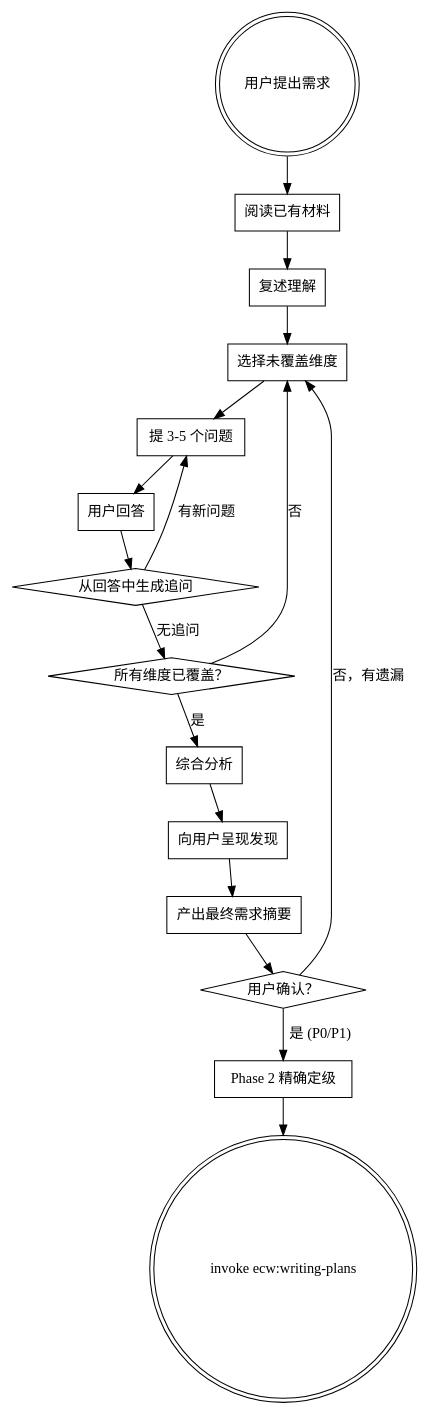
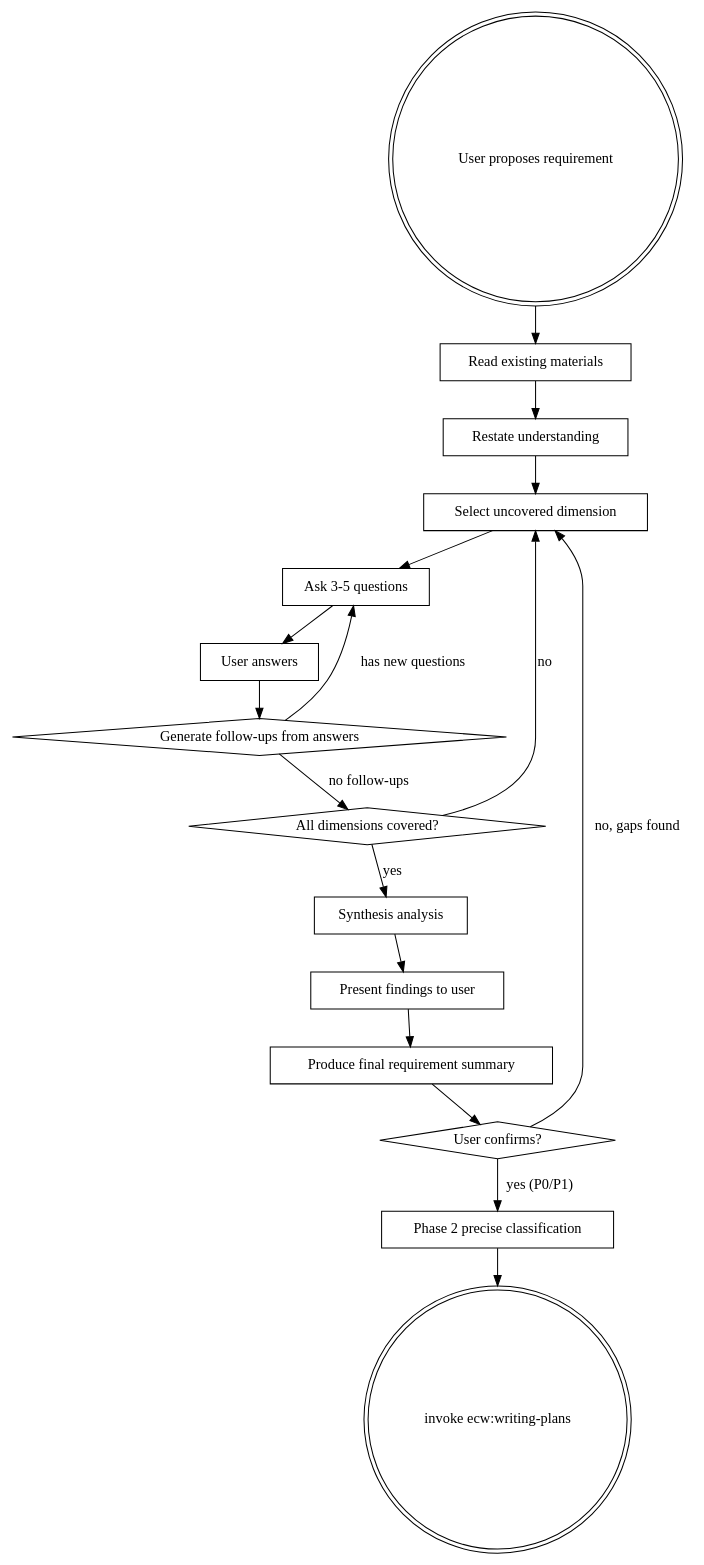
Before and after one commit to Aimeerrhythm/enterprise-change-workflow: the diagram in skills/requirements-elicitation/SKILL.md, drawn with Graphviz. The commit also changed other lines of this file and 18 other files, not shown here.

````diff
--- a/skills/requirements-elicitation/SKILL.md
+++ b/skills/requirements-elicitation/SKILL.md
@@ -46,37 +46,37 @@
 ```dot
 digraph requirements {
   rankdir=TB;
   
-  "用户提出需求" [shape=doublecircle];
-  "阅读已有材料" [shape=box];
-  "复述理解" [shape=box];
-  "选择未覆盖维度" [shape=box];
-  "提 3-5 个问题" [shape=box];
-  "用户回答" [shape=box];
-  "从回答中生成追问" [shape=diamond];
-  "所有维度已覆盖？" [shape=diamond];
-  "综合分析" [shape=box];
-  "向用户呈现发现" [shape=box];
-  "产出最终需求摘要" [shape=box];
-  "用户确认？" [shape=diamond];
-  "Phase 2 精确定级" [shape=box];
+  "User proposes requirement" [shape=doublecircle];
+  "Read existing materials" [shape=box];
+  "Restate understanding" [shape=box];
+  "Select uncovered dimension" [shape=box];
+  "Ask 3-5 questions" [shape=box];
+  "User answers" [shape=box];
+  "Generate follow-ups from answers" [shape=diamond];
+  "All dimensions covered?" [shape=diamond];
+  "Synthesis analysis" [shape=box];
+  "Present findings to user" [shape=box];
+  "Produce final requirement summary" [shape=box];
+  "User confirms?" [shape=diamond];
+  "Phase 2 precise classification" [shape=box];
   "invoke ecw:writing-plans" [shape=doublecircle];
 
-  "用户提出需求" -> "阅读已有材料";
-  "阅读已有材料" -> "复述理解";
-  "复述理解" -> "选择未覆盖维度";
-  "选择未覆盖维度" -> "提 3-5 个问题";
-  "提 3-5 个问题" -> "用户回答";
-  "用户回答" -> "从回答中生成追问";
-  "从回答中生成追问" -> "提 3-5 个问题" [label="有新问题"];
-  "从回答中生成追问" -> "所有维度已覆盖？" [label="无追问"];
-  "所有维度已覆盖？" -> "选择未覆盖维度" [label="否"];
-  "所有维度已覆盖？" -> "综合分析" [label="是"];
-  "综合分析" -> "向用户呈现发现";
-  "向用户呈现发现" -> "产出最终需求摘要";
-  "产出最终需求摘要" -> "用户确认？";
-  "用户确认？" -> "选择未覆盖维度" [label="否，有遗漏"];
-  "用户确认？" -> "Phase 2 精确定级" [label="是 (P0/P1)"];
-  "Phase 2 精确定级" -> "invoke ecw:writing-plans";
+  "User proposes requirement" -> "Read existing materials";
+  "Read existing materials" -> "Restate understanding";
+  "Restate understanding" -> "Select uncovered dimension";
+  "Select uncovered dimension" -> "Ask 3-5 questions";
+  "Ask 3-5 questions" -> "User answers";
+  "User answers" -> "Generate follow-ups from answers";
+  "Generate follow-ups from answers" -> "Ask 3-5 questions" [label="has new questions"];
+  "Generate follow-ups from answers" -> "All dimensions covered?" [label="no follow-ups"];
+  "All dimensions covered?" -> "Select uncovered dimension" [label="no"];
+  "All dimensions covered?" -> "Synthesis analysis" [label="yes"];
+  "Synthesis analysis" -> "Present findings to user";
+  "Present findings to user" -> "Produce final requirement summary";
+  "Produce final requirement summary" -> "User confirms?";
+  "User confirms?" -> "Select uncovered dimension" [label="no, gaps found"];
+  "User confirms?" -> "Phase 2 precise classification" [label="yes (P0/P1)"];
+  "Phase 2 precise classification" -> "invoke ecw:writing-plans";
 }
 ```
````
